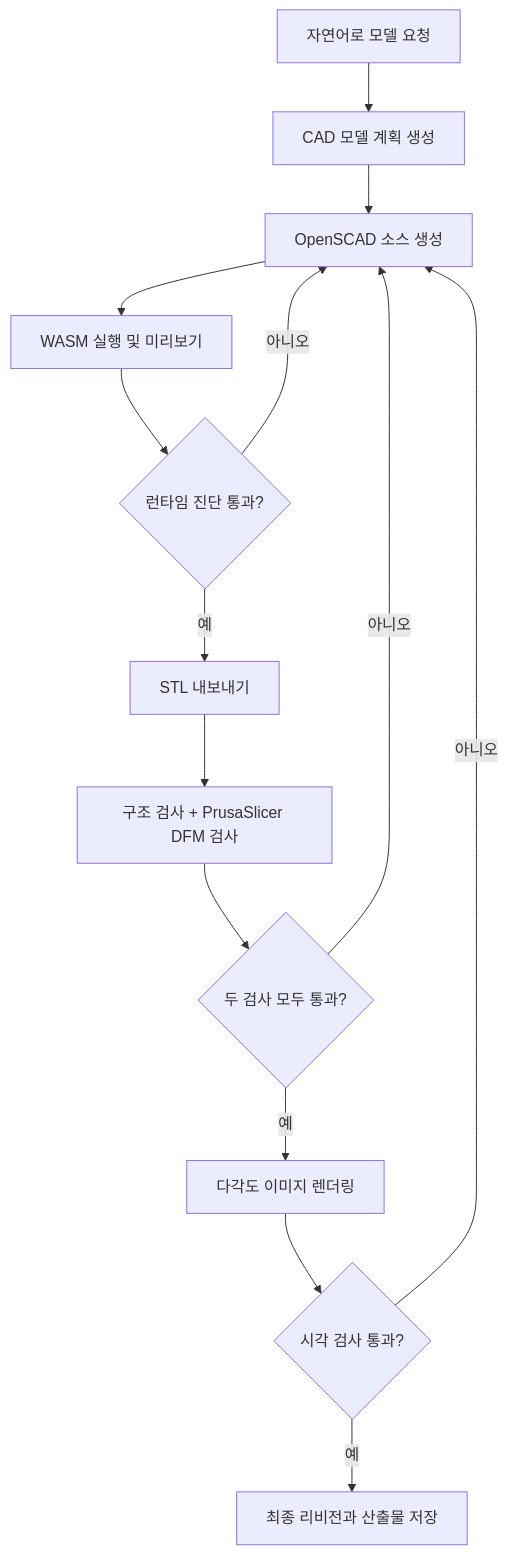
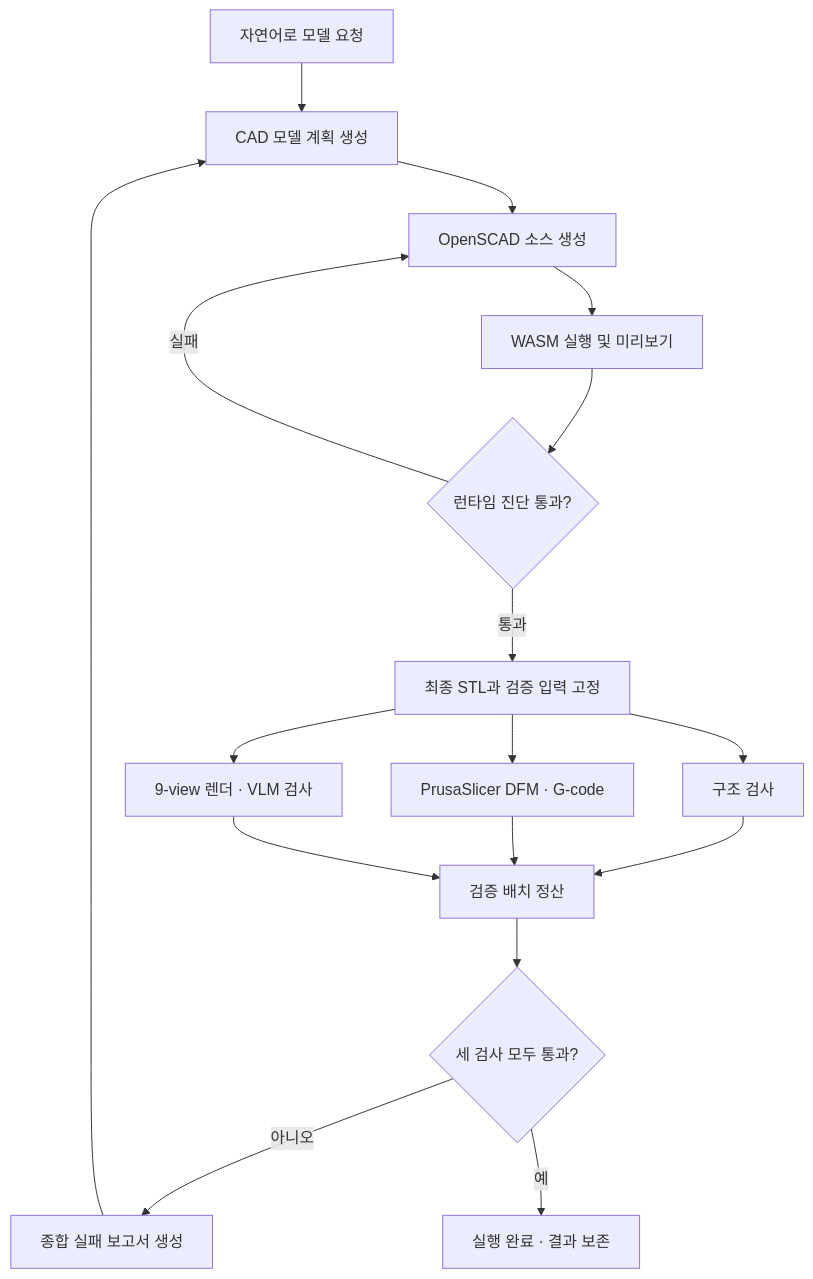
One commit to PNU-2026-AI-Hackathon/pnuai-c-04-individualstartup changed the second of 2 diagrams in README.md. Above: the diagram before and after it, drawn with Mermaid. The commit also changed other lines of this file, not shown here.

````diff
--- a/README.md
+++ b/README.md
@@ -94,16 +99,19 @@
 ```mermaid
 flowchart TD
     A[자연어로 모델 요청] --> B[CAD 모델 계획 생성]
     B --> C[OpenSCAD 소스 생성]
     C --> D[WASM 실행 및 미리보기]
     D --> E{런타임 진단 통과?}
-    E -- 아니오 --> C
-    E -- 예 --> F[STL 내보내기]
-    F --> G[구조 검사 + PrusaSlicer DFM 검사]
-    G --> H{두 검사 모두 통과?}
-    H -- 아니오 --> C
-    H -- 예 --> I[다각도 이미지 렌더링]
-    I --> J{시각 검사 통과?}
-    J -- 아니오 --> C
-    J -- 예 --> K[최종 리비전과 산출물 저장]
+    E -- 실패 --> C
+    E -- 통과 --> F[최종 STL과 검증 입력 고정]
+    F --> G[구조 검사]
+    F --> H[PrusaSlicer DFM · G-code]
+    F --> I[9-view 렌더 · VLM 검사]
+    G --> J[검증 배치 정산]
+    H --> J
+    I --> J
+    J --> K{세 검사 모두 통과?}
+    K -- 아니오 --> L[종합 실패 보고서 생성]
+    L --> B
+    K -- 예 --> M[실행 완료 · 결과 보존]
 ```
````
